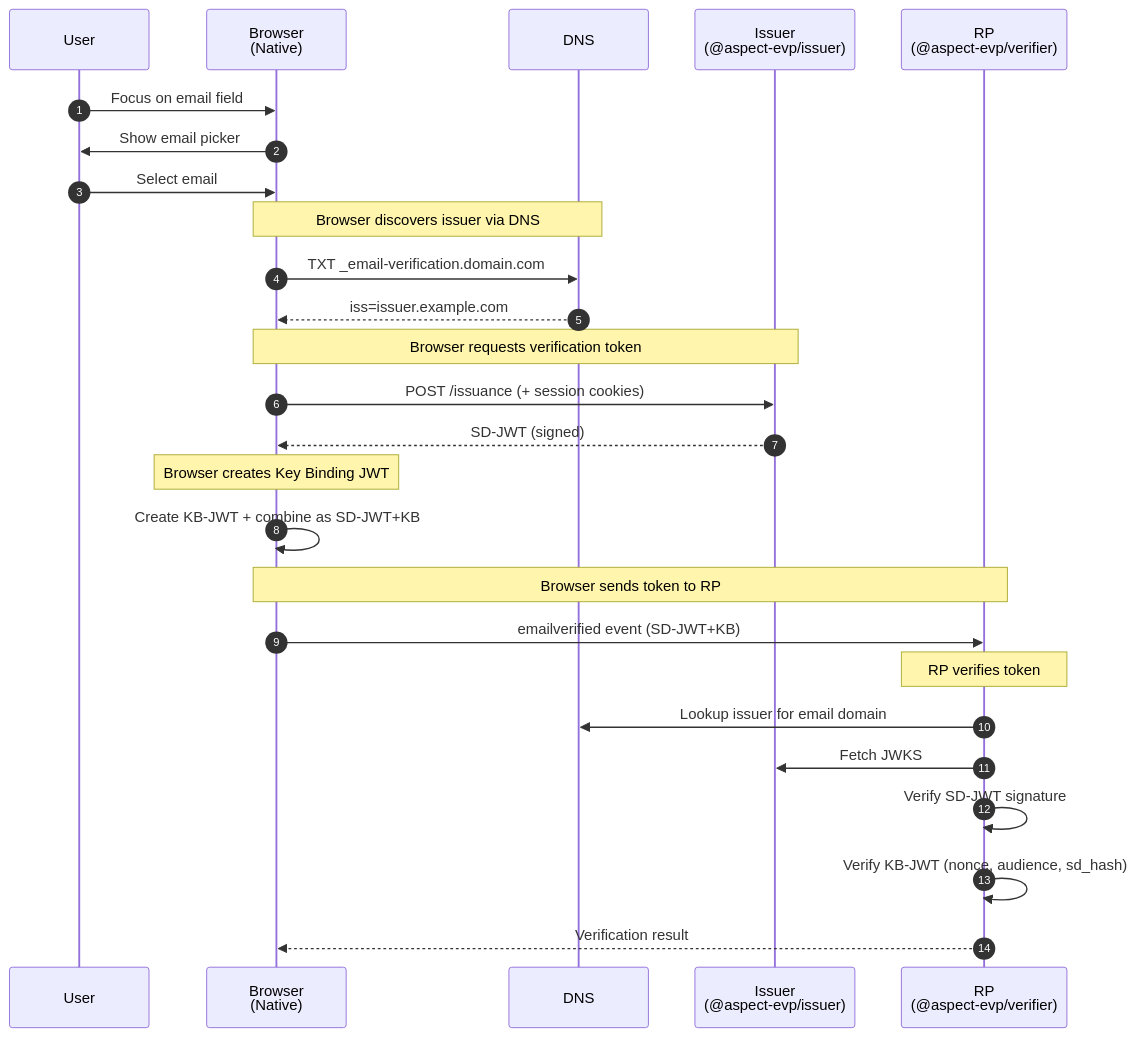
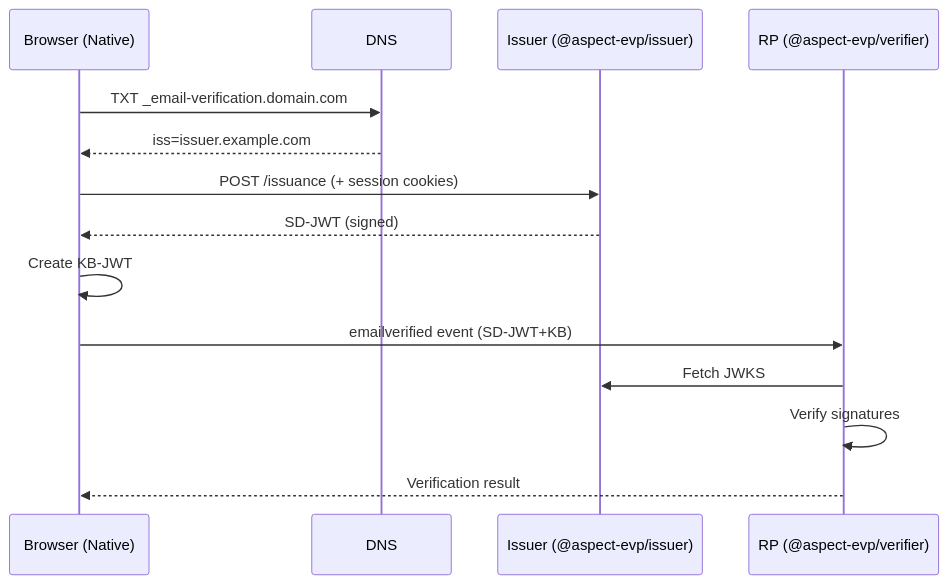
Before and after one commit to aspect-evp/evp-js: the diagram in README.md, drawn with Mermaid. The commit also changed other lines of this file, not shown here.

````diff
--- a/README.md
+++ b/README.md
@@ -69,34 +122,17 @@
 ```mermaid
 sequenceDiagram
-    autonumber
-    participant User
-    participant Browser as Browser<br/>(Native)
+    participant Browser as Browser (Native)
     participant DNS
-    participant Issuer as Issuer<br/>(@aspect-evp/issuer)
-    participant RP as RP<br/>(@aspect-evp/verifier)
+    participant Issuer as Issuer (@aspect-evp/issuer)
+    participant RP as RP (@aspect-evp/verifier)
 
-    User->>Browser: Focus on email field
-    Browser->>User: Show email picker
-    User->>Browser: Select email
-
-    Note over Browser,DNS: Browser discovers issuer via DNS
     Browser->>DNS: TXT _email-verification.domain.com
     DNS-->>Browser: iss=issuer.example.com
-
-    Note over Browser,Issuer: Browser requests verification token
     Browser->>Issuer: POST /issuance (+ session cookies)
     Issuer-->>Browser: SD-JWT (signed)
-
-    Note over Browser: Browser creates Key Binding JWT
-    Browser->>Browser: Create KB-JWT + combine as SD-JWT+KB
-
-    Note over Browser,RP: Browser sends token to RP
+    Browser->>Browser: Create KB-JWT
     Browser->>RP: emailverified event (SD-JWT+KB)
-
-    Note over RP: RP verifies token
-    RP->>DNS: Lookup issuer for email domain
     RP->>Issuer: Fetch JWKS
-    RP->>RP: Verify SD-JWT signature
-    RP->>RP: Verify KB-JWT (nonce, audience, sd_hash)
+    RP->>RP: Verify signatures
     RP-->>Browser: Verification result
 ```
````
